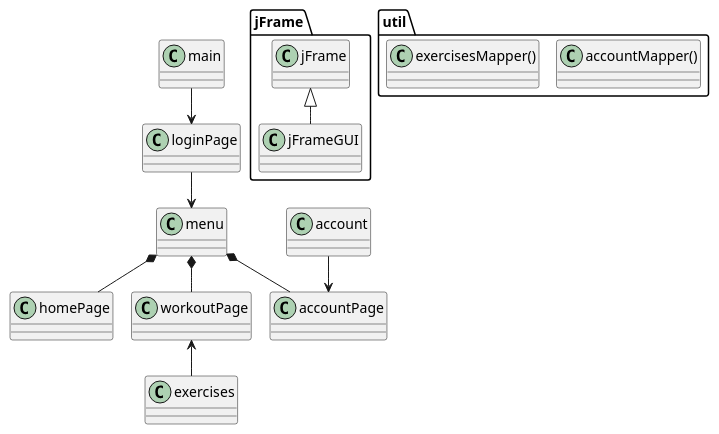
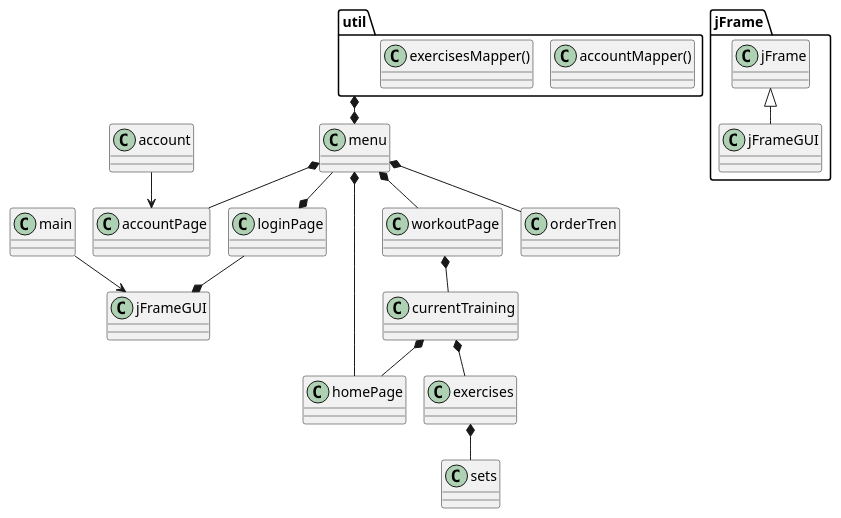
Before and after one commit to MarcusPFF/Trening-ICE-SEM1: the diagram in src/doc/diagram/domainmodel_v0.puml, drawn with PlantUML. The commit also changed 3 other files, not shown here.

Commit message:
diagram and metadata

```diff
--- a/src/doc/diagram/domainmodel_v0.puml
+++ b/src/doc/diagram/domainmodel_v0.puml
@@ -1,30 +1,40 @@
 @startuml
 !pragma layout smetana
 
-main --> loginPage
-loginPage --> menu
+loginPage --* jFrameGUI
+menu --* loginPage
 menu *-- homePage
 menu *-- workoutPage
 menu *-- accountPage
+menu *-- orderTren
+account --> accountPage
+workoutPage *-- currentTraining
+currentTraining *-- exercises
+currentTraining *-- homePage
+exercises *-- sets
+util *--* menu
 
-account --> accountPage
+main --> jFrameGUI
 class main
-workoutPage <-- exercises
 class loginPage
 class menu
 class homePage
+class orderTren
 class workoutPage
 class accountPage
 class exercises
+class sets
+class currentTraining
+
 class account
 
 package jFrame {
 class jFrameGUI extends jFrame
 }
 
 package util {
 class accountMapper()
 class exercisesMapper()
 }
 
 @enduml
```
